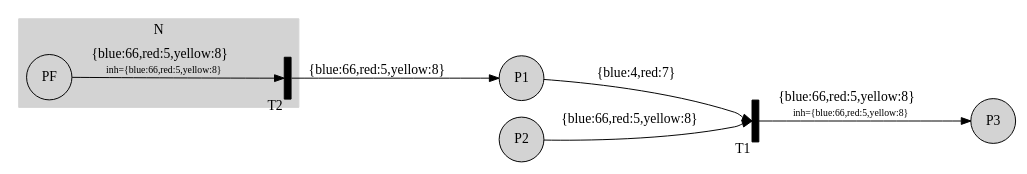
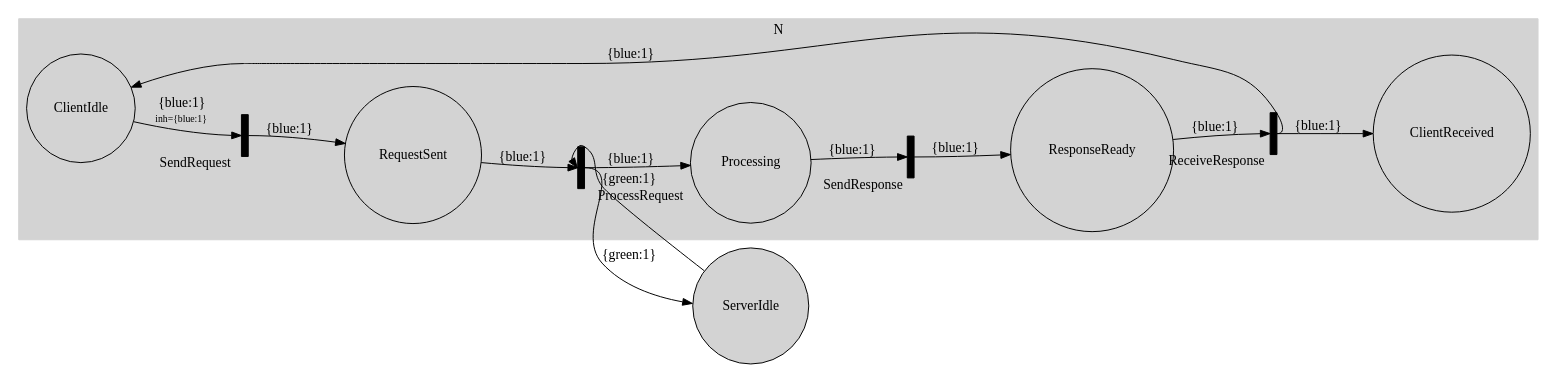
One commit to Stefan-Mocanu/Licenta changed the diagram in Parser/output.dot. Above: the diagram before and after it, drawn with Graphviz. The commit also changed 26 other files, not shown here.

```diff
--- a/Parser/output.dot
+++ b/Parser/output.dot
@@ -1,23 +1,33 @@
 digraph PetriNet {
   rankdir=LR;
   node [shape=circle, width=0.5, style=filled, fillcolor=lightgray];
-  PF;
-  P1;
-  P2;
-  P3;
+  ClientIdle;
+  RequestSent;
+  Processing;
+  ResponseReady;
+  ClientReceived;
+  ServerIdle;
   node [shape=rectangle, width=0.1, height=0.6, style=filled, fillcolor=black];
-  T2 [xlabel="T2", label=""];
-  T1 [xlabel="T1", label=""];
+  SendRequest [xlabel="SendRequest", label=""];
+  ProcessRequest [xlabel="ProcessRequest", label=""];
+  SendResponse [xlabel="SendResponse", label=""];
+  ReceiveResponse [xlabel="ReceiveResponse", label=""];
   subgraph cluster_N {
     style=filled;
     color=lightgrey;
     node [style=filled,color=white];
-    PF; T2;
+    ClientIdle; RequestSent; Processing; ResponseReady; ClientReceived; SendRequest; ProcessRequest; SendResponse; ReceiveResponse;
     label = "N";
   }
-  P1 -> T1 [label=<{blue:4,red:7}>, headport=w];
-  P2 -> T1 [label=<{blue:66,red:5,yellow:8}>, headport=w];
-  T1 -> P3 [label=<<TABLE BORDER="0" CELLBORDER="0" CELLSPACING="0"><TR><TD>{blue:66,red:5,yellow:8}</TD></TR><TR><TD><FONT POINT-SIZE="10">inh={blue:66,red:5,yellow:8}</FONT></TD></TR></TABLE>>, tailport=e];
-  PF -> T2 [label=<<TABLE BORDER="0" CELLBORDER="0" CELLSPACING="0"><TR><TD>{blue:66,red:5,yellow:8}</TD></TR><TR><TD><FONT POINT-SIZE="10">inh={blue:66,red:5,yellow:8}</FONT></TD></TR></TABLE>>, headport=w];
-  T2 -> P1 [label=<{blue:66,red:5,yellow:8}>, tailport=e];
+  ClientIdle -> SendRequest [label=<<TABLE BORDER="0" CELLBORDER="0" CELLSPACING="0"><TR><TD>{blue:1}</TD></TR><TR><TD><FONT POINT-SIZE="10">inh={blue:1}</FONT></TD></TR></TABLE>>, headport=w];
+  SendRequest -> RequestSent [label=<{blue:1}>, tailport=e];
+  RequestSent -> ProcessRequest [label=<{blue:1}>, headport=w];
+  ServerIdle -> ProcessRequest [label=<{green:1}>, headport=w];
+  ProcessRequest -> Processing [label=<{blue:1}>, tailport=e];
+  ProcessRequest -> ServerIdle [label=<{green:1}>, tailport=e];
+  Processing -> SendResponse [label=<{blue:1}>, headport=w];
+  SendResponse -> ResponseReady [label=<{blue:1}>, tailport=e];
+  ResponseReady -> ReceiveResponse [label=<{blue:1}>, headport=w];
+  ReceiveResponse -> ClientReceived [label=<{blue:1}>, tailport=e];
+  ReceiveResponse -> ClientIdle [label=<{blue:1}>, tailport=e];
 }
```
